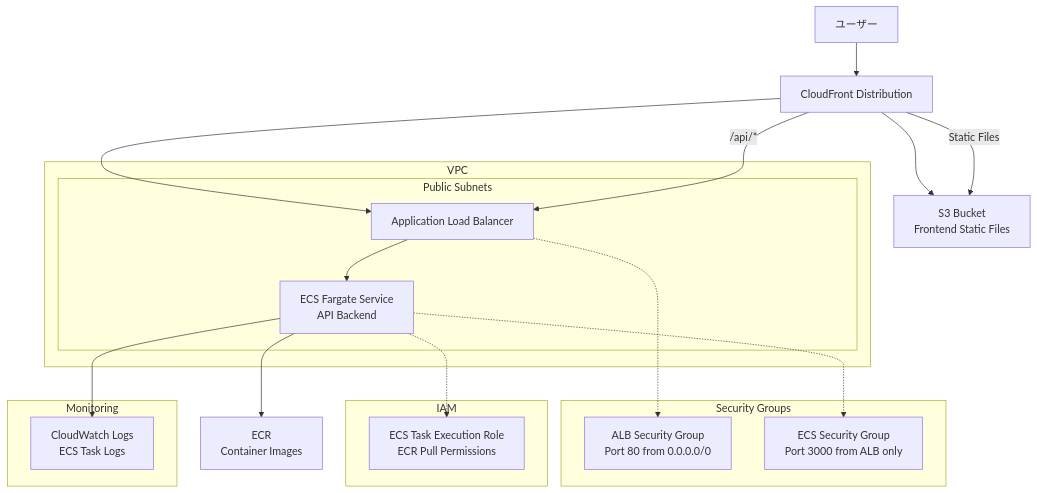
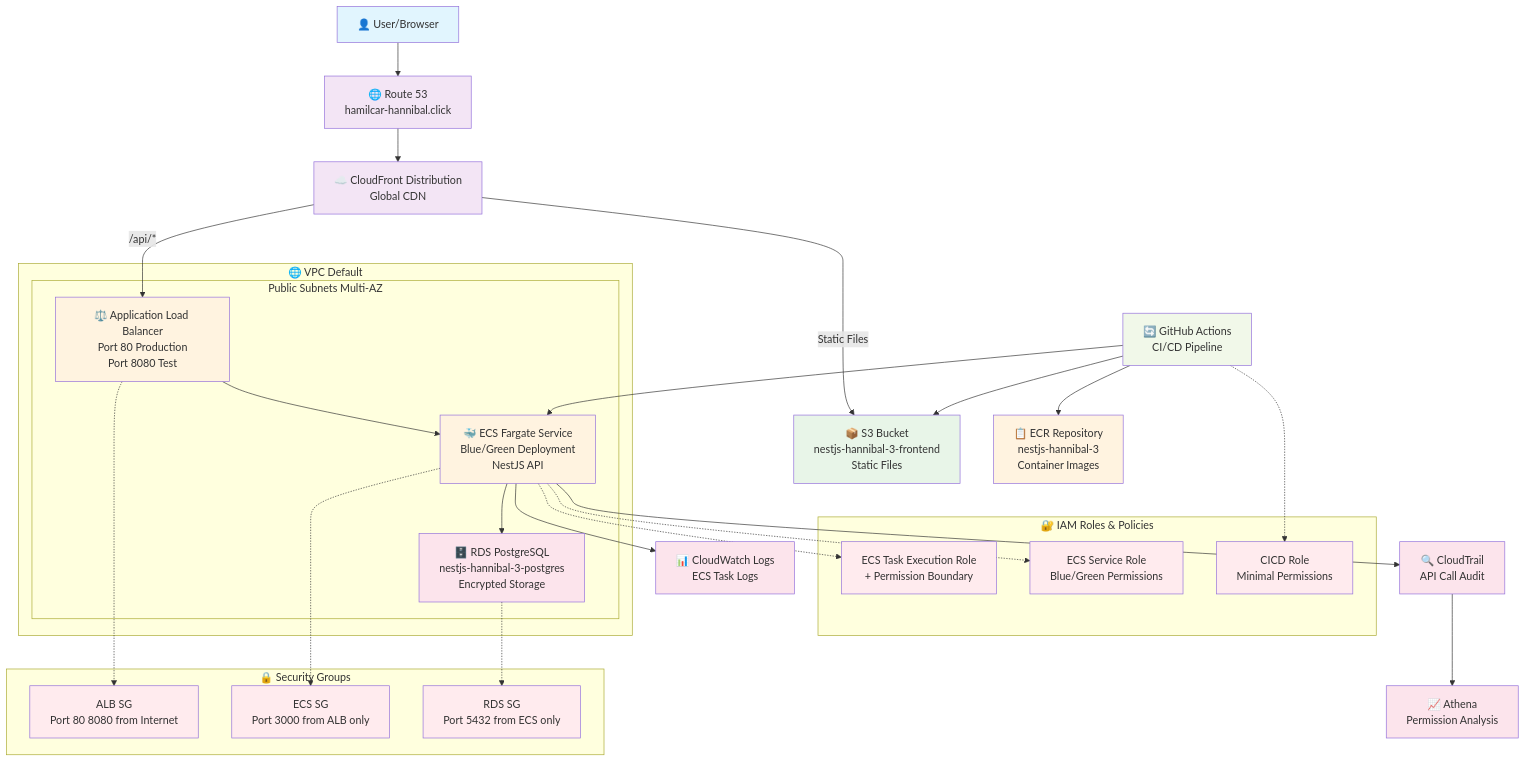
Before and after one commit to kmryst/terraform-hannibal: the diagram in README.md, drawn with Mermaid. The commit also changed other lines of this file and 21 other files, not shown here.

````diff
--- a/README.md
+++ b/README.md
@@ -294,38 +13,96 @@
 ```mermaid
 graph TB
-    User[ユーザー] --> CF[CloudFront Distribution]
+    %% User Layer
+    User[👤 User/Browser]
     
-    CF --> S3[S3 Bucket<br/>Frontend Static Files]
-    CF --> ALB[Application Load Balancer]
+    %% CDN & DNS Layer
+    Route53[🌐 Route 53<br/>hamilcar-hannibal.click]
+    CloudFront[☁️ CloudFront Distribution<br/>Global CDN]
     
-    ALB --> ECS[ECS Fargate Service<br/>API Backend]
-    ECS --> ECR[ECR<br/>Container Images]
+    %% Frontend Layer
+    S3[📦 S3 Bucket<br/>nestjs-hannibal-3-frontend<br/>Static Files]
     
-    subgraph "VPC"
-        subgraph "Public Subnets"
+    %% Load Balancer Layer
+    ALB[⚖️ Application Load Balancer<br/>Port 80 Production<br/>Port 8080 Test]
+    
+    %% Container Layer
+    ECS[🐳 ECS Fargate Service<br/>Blue/Green Deployment<br/>NestJS API]
+    ECR[📋 ECR Repository<br/>nestjs-hannibal-3<br/>Container Images]
+    
+    %% Database Layer
+    RDS[🗄️ RDS PostgreSQL<br/>nestjs-hannibal-3-postgres<br/>Encrypted Storage]
+    
+    %% Monitoring Layer
+    CloudWatch[📊 CloudWatch Logs<br/>ECS Task Logs]
+    CloudTrail[🔍 CloudTrail<br/>API Call Audit]
+    Athena[📈 Athena<br/>Permission Analysis]
+    
+    %% Security Layer
+    subgraph "🔒 Security Groups"
+        ALB_SG[ALB SG<br/>Port 80 8080 from Internet]
+        ECS_SG[ECS SG<br/>Port 3000 from ALB only]
+        RDS_SG[RDS SG<br/>Port 5432 from ECS only]
+    end
+    
+    %% IAM Layer
+    subgraph "🔐 IAM Roles & Policies"
+        ECS_Role[ECS Task Execution Role<br/>+ Permission Boundary]
+        Service_Role[ECS Service Role<br/>Blue/Green Permissions]
+        CICD_Role[CICD Role<br/>Minimal Permissions]
+    end
+    
+    %% Network Layer
+    subgraph "🌐 VPC Default"
+        subgraph "Public Subnets Multi-AZ"
             ALB
             ECS
+            RDS
         end
     end
     
-    subgraph "Security Groups"
-        ALB_SG[ALB Security Group<br/>Port 80 from 0.0.0.0/0]
-        ECS_SG[ECS Security Group<br/>Port 3000 from ALB only]
-    end
+    %% CI/CD Layer
+    GitHub[🔄 GitHub Actions<br/>CI/CD Pipeline]
     
-    subgraph "IAM"
-        ECS_Role[ECS Task Execution Role<br/>ECR Pull Permissions]
-    end
+    %% User Flow
+    User --> Route53
+    Route53 --> CloudFront
+    CloudFront --> |Static Files| S3
+    CloudFront --> |/api/*| ALB
+    ALB --> ECS
+    ECS --> RDS
+    ECS --> CloudWatch
     
-    subgraph "Monitoring"
-        CW[CloudWatch Logs<br/>ECS Task Logs]
-    end
+    %% CI/CD Flow
+    GitHub --> ECR
+    GitHub --> S3
+    GitHub --> ECS
     
+    %% Security Associations
     ALB -.-> ALB_SG
     ECS -.-> ECS_SG
+    RDS -.-> RDS_SG
     ECS -.-> ECS_Role
-    ECS --> CW
+    ECS -.-> Service_Role
+    GitHub -.-> CICD_Role
     
-    CF --> |/api/*| ALB
-    CF --> |Static Files| S3
+    %% Monitoring Flow
+    ECS --> CloudTrail
+    CloudTrail --> Athena
+    
+    %% Styling
+    classDef userLayer fill:#e1f5fe
+    classDef cdnLayer fill:#f3e5f5
+    classDef frontendLayer fill:#e8f5e8
+    classDef backendLayer fill:#fff3e0
+    classDef dataLayer fill:#fce4ec
+    classDef securityLayer fill:#ffebee
+    classDef cicdLayer fill:#f1f8e9
+    
+    class User userLayer
+    class Route53,CloudFront cdnLayer
+    class S3 frontendLayer
+    class ALB,ECS,ECR backendLayer
+    class RDS,CloudWatch,CloudTrail,Athena dataLayer
+    class ALB_SG,ECS_SG,RDS_SG,ECS_Role,Service_Role,CICD_Role securityLayer
+    class GitHub cicdLayer
 ```
````
